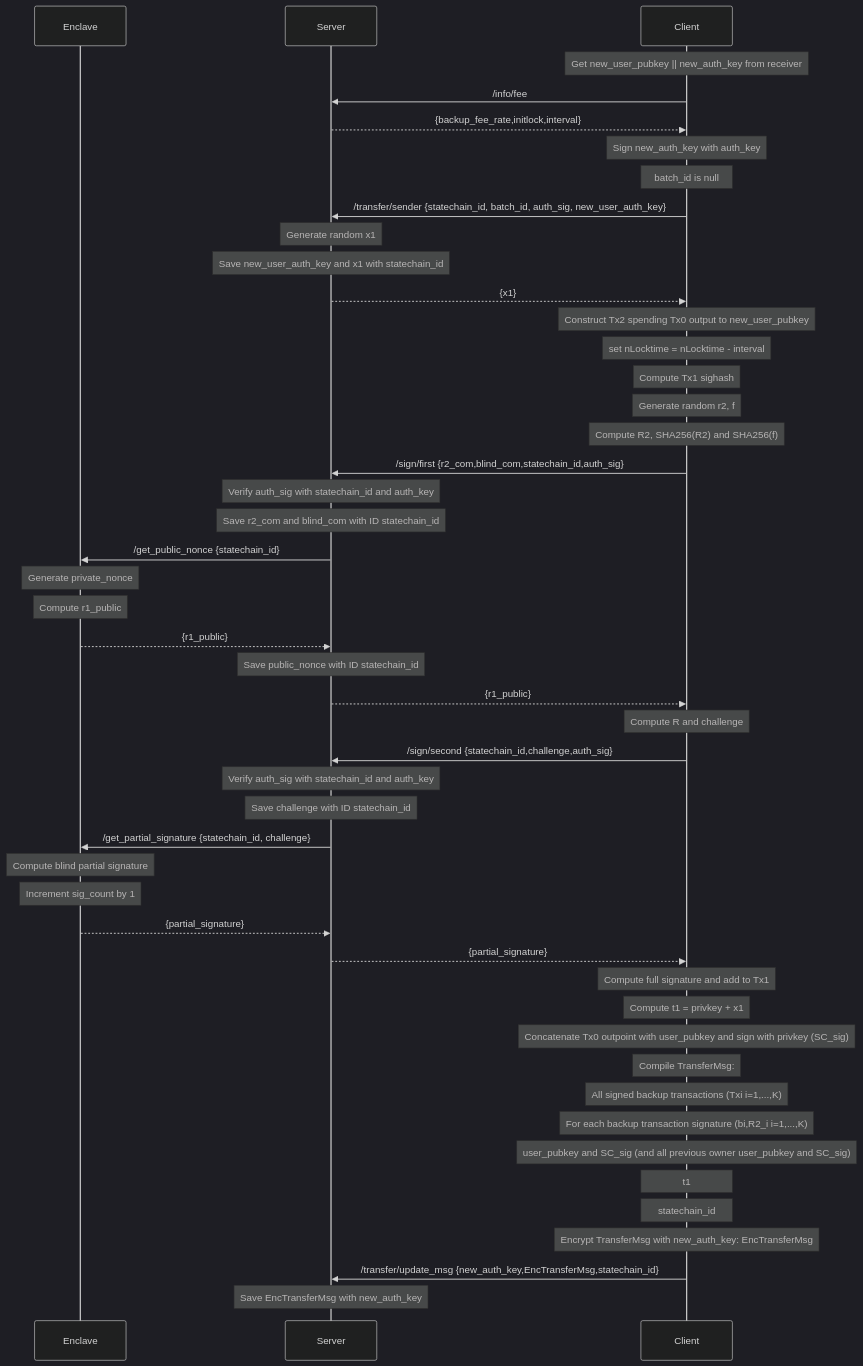
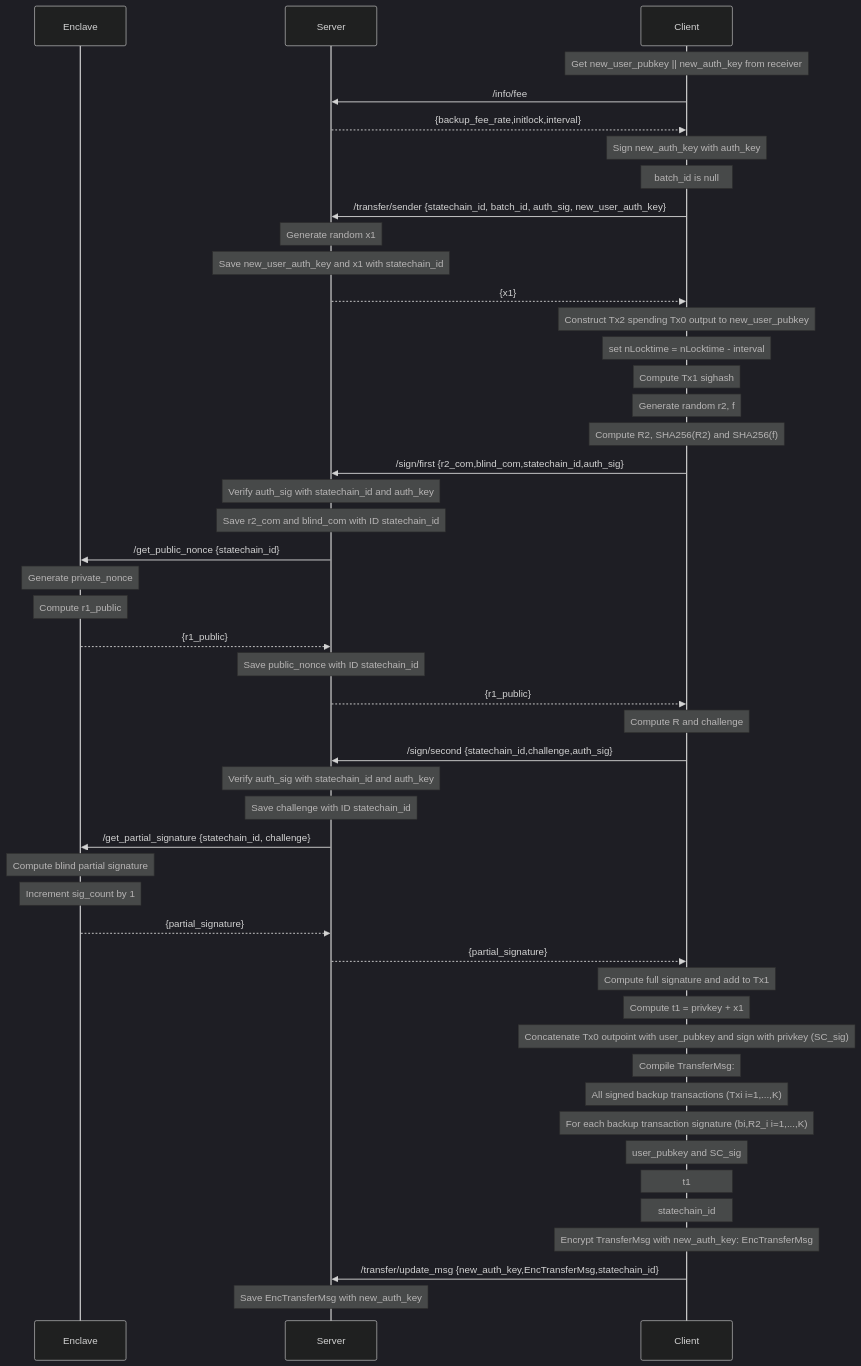
The diagram in docs/transfer_sender_sequence.md (commerceblock/mercurylayer), drawn with Mermaid (dark theme) before and after one commit.

````diff
--- a/docs/transfer_sender_sequence.md
+++ b/docs/transfer_sender_sequence.md
@@ -3,50 +3,50 @@
 ```mermaid
 sequenceDiagram
     participant Enclave
     participant Server
     participant Client
     note over Client: Get new_user_pubkey || new_auth_key from receiver
     Client->>Server: /info/fee
     Server-->>Client: {backup_fee_rate,initlock,interval}
     note over Client: Sign new_auth_key with auth_key
     note over Client: batch_id is null
     Client->>Server: /transfer/sender {statechain_id, batch_id, auth_sig, new_user_auth_key}
     note over Server: Generate random x1
     note over Server: Save new_user_auth_key and x1 with statechain_id
     Server-->>Client: {x1}
     note over Client: Construct Tx2 spending Tx0 output to new_user_pubkey
     note over Client: set nLocktime = nLocktime - interval
     note over Client: Compute Tx1 sighash
     note over Client: Generate random r2, f 
     note over Client: Compute R2, SHA256(R2) and SHA256(f)
     Client->>Server: /sign/first {r2_com,blind_com,statechain_id,auth_sig}
     note over Server: Verify auth_sig with statechain_id and auth_key
     note over Server: Save r2_com and blind_com with ID statechain_id
     Server->>Enclave: /get_public_nonce {statechain_id}
     note over Enclave: Generate private_nonce
     note over Enclave: Compute r1_public
     Enclave-->>Server: {r1_public}
     note over Server: Save public_nonce with ID statechain_id
     Server-->>Client: {r1_public}
     note over Client: Compute R and challenge
     Client->>Server: /sign/second {statechain_id,challenge,auth_sig}
     note over Server: Verify auth_sig with statechain_id and auth_key
     note over Server: Save challenge with ID statechain_id
     Server->>Enclave: /get_partial_signature {statechain_id, challenge}
     note over Enclave: Compute blind partial signature
     note over Enclave: Increment sig_count by 1
     Enclave-->>Server: {partial_signature}
     Server-->>Client: {partial_signature}
     note over Client: Compute full signature and add to Tx1
     note over Client: Compute t1 = privkey + x1
     note over Client: Concatenate Tx0 outpoint with user_pubkey and sign with privkey (SC_sig)
     note over Client: Compile TransferMsg: 
     note over Client: All signed backup transactions (Txi i=1,...,K)
     note over Client: For each backup transaction signature (bi,R2_i i=1,...,K)
-    note over Client: user_pubkey and SC_sig (and all previous owner user_pubkey and SC_sig)
+    note over Client: user_pubkey and SC_sig
     note over Client: t1
     note over Client: statechain_id
     note over Client: Encrypt TransferMsg with new_auth_key: EncTransferMsg
     Client->>Server: /transfer/update_msg {new_auth_key,EncTransferMsg,statechain_id}
     note over Server: Save EncTransferMsg with new_auth_key
 ```
````
